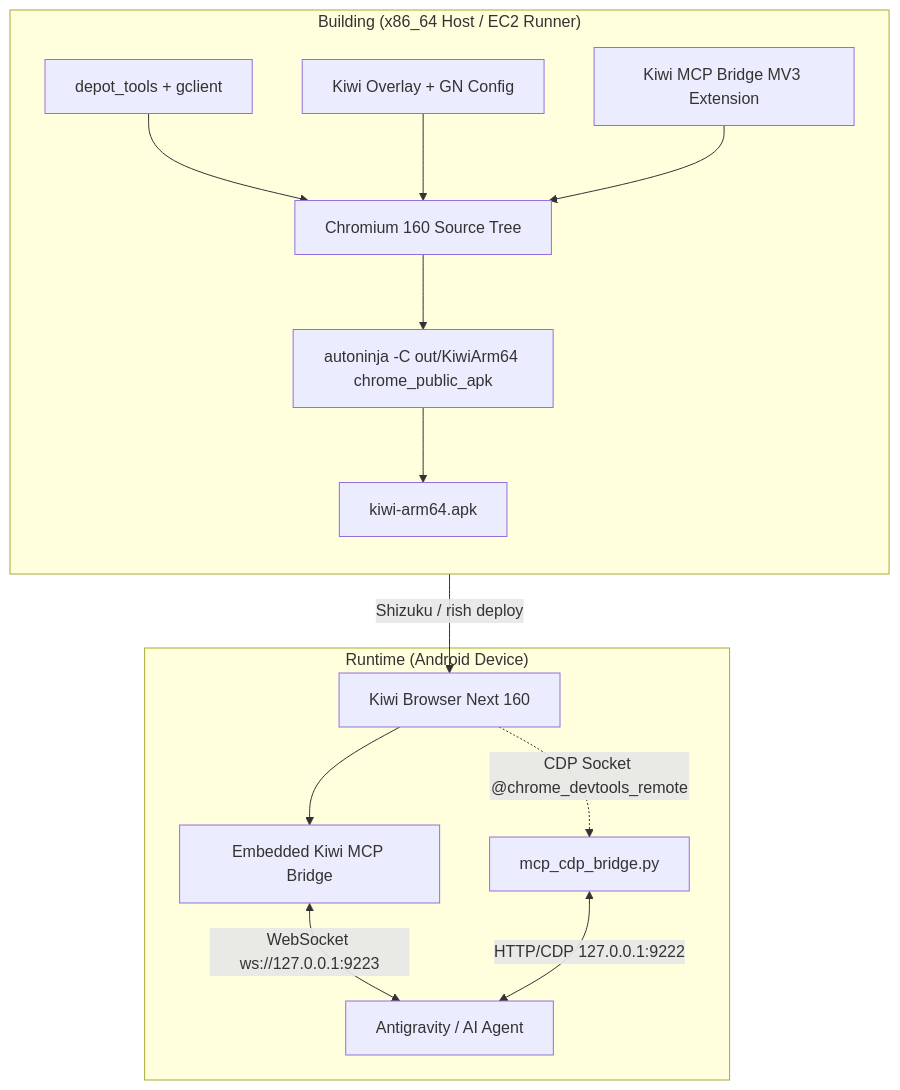
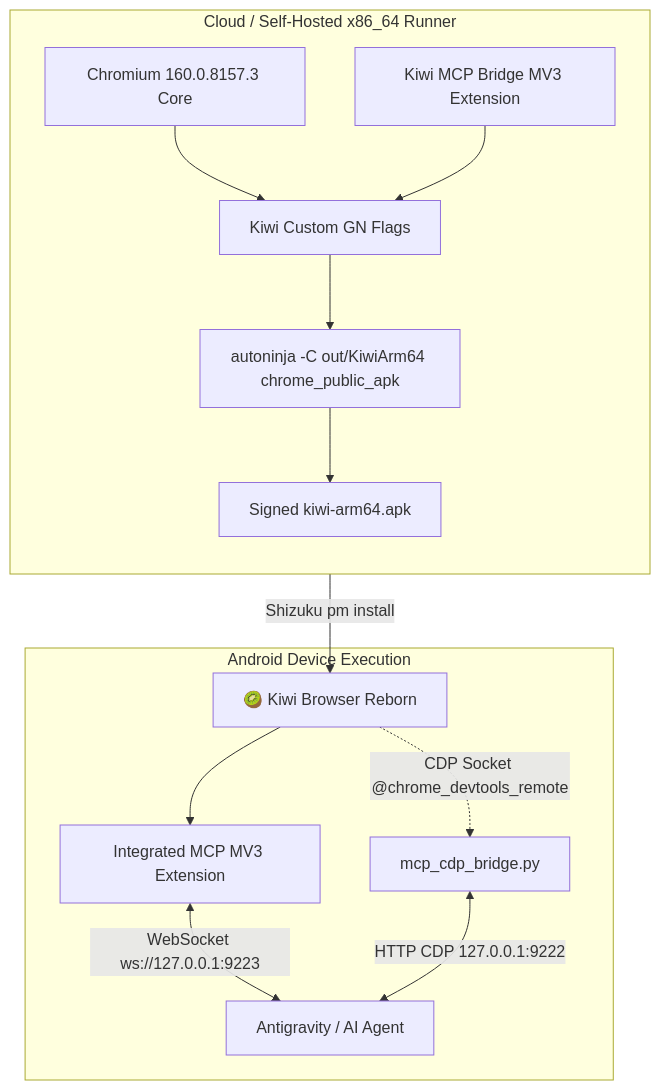
Before and after one commit to djsusmith/kiwi-next: the diagram in README.md, drawn with Mermaid. The commit also changed other lines of this file, not shown here.

Commit message:
docs: revamp README and launch modern landing webpage for Kiwi Reborn

````diff
--- a/README.md
+++ b/README.md
@@ -44,19 +70,18 @@
 ```mermaid
 flowchart TD
-    subgraph Host["Building (x86_64 Host / EC2 Runner)"]
+    subgraph Build["Cloud / Self-Hosted x86_64 Runner"]
         direction TB
-        DT[depot_tools + gclient] --> CR[Chromium 160 Source Tree]
-        KW[Kiwi Overlay + GN Config] --> CR
-        MCP_EXT[Kiwi MCP Bridge MV3 Extension] --> CR
-        CR --> NINJA[autoninja -C out/KiwiArm64 chrome_public_apk]
-        NINJA --> APK[kiwi-arm64.apk]
+        UP[Chromium 160.0.8157.3 Core] --> GN[Kiwi Custom GN Flags]
+        MCP_EXT[Kiwi MCP Bridge MV3 Extension] --> GN
+        GN --> COMP[autoninja -C out/KiwiArm64 chrome_public_apk]
+        COMP --> OUT[Signed kiwi-arm64.apk]
     end
 
-    subgraph Android["Runtime (Android Device)"]
-        APK -->|Shizuku / rish deploy| APP[Kiwi Browser Next 160]
-        APP --> EXT[Embedded Kiwi MCP Bridge]
-        EXT <-->|WebSocket ws://127.0.0.1:9223| AGENT[Antigravity / AI Agent]
-        APP -.->|CDP Socket @chrome_devtools_remote| BRIDGE[mcp_cdp_bridge.py]
-        BRIDGE <-->|HTTP/CDP 127.0.0.1:9222| AGENT
+    subgraph Phone["Android Device Execution"]
+        OUT -->|Shizuku pm install| APP[🥝 Kiwi Browser Reborn]
+        APP --> EXT[Integrated MCP MV3 Extension]
+        EXT <-->|WebSocket ws://127.0.0.1:9223| AI[Antigravity / AI Agent]
+        APP -.->|CDP Socket @chrome_devtools_remote| SOC[mcp_cdp_bridge.py]
+        SOC <-->|HTTP CDP 127.0.0.1:9222| AI
     end
 ```
````
